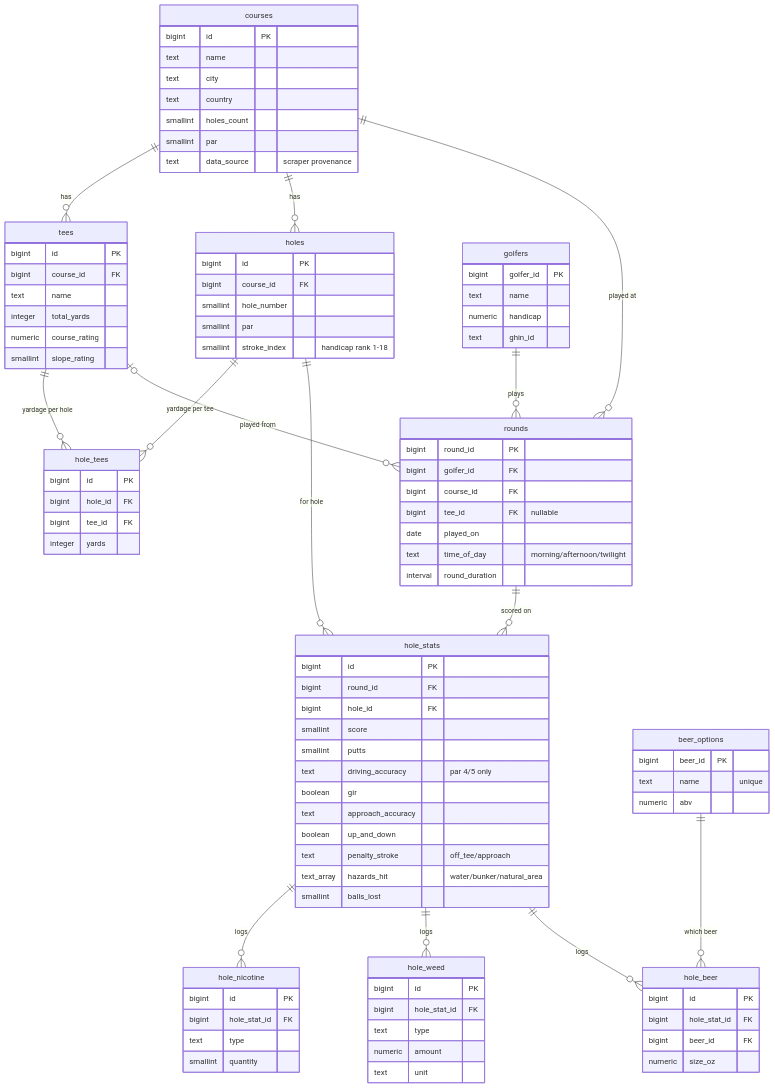
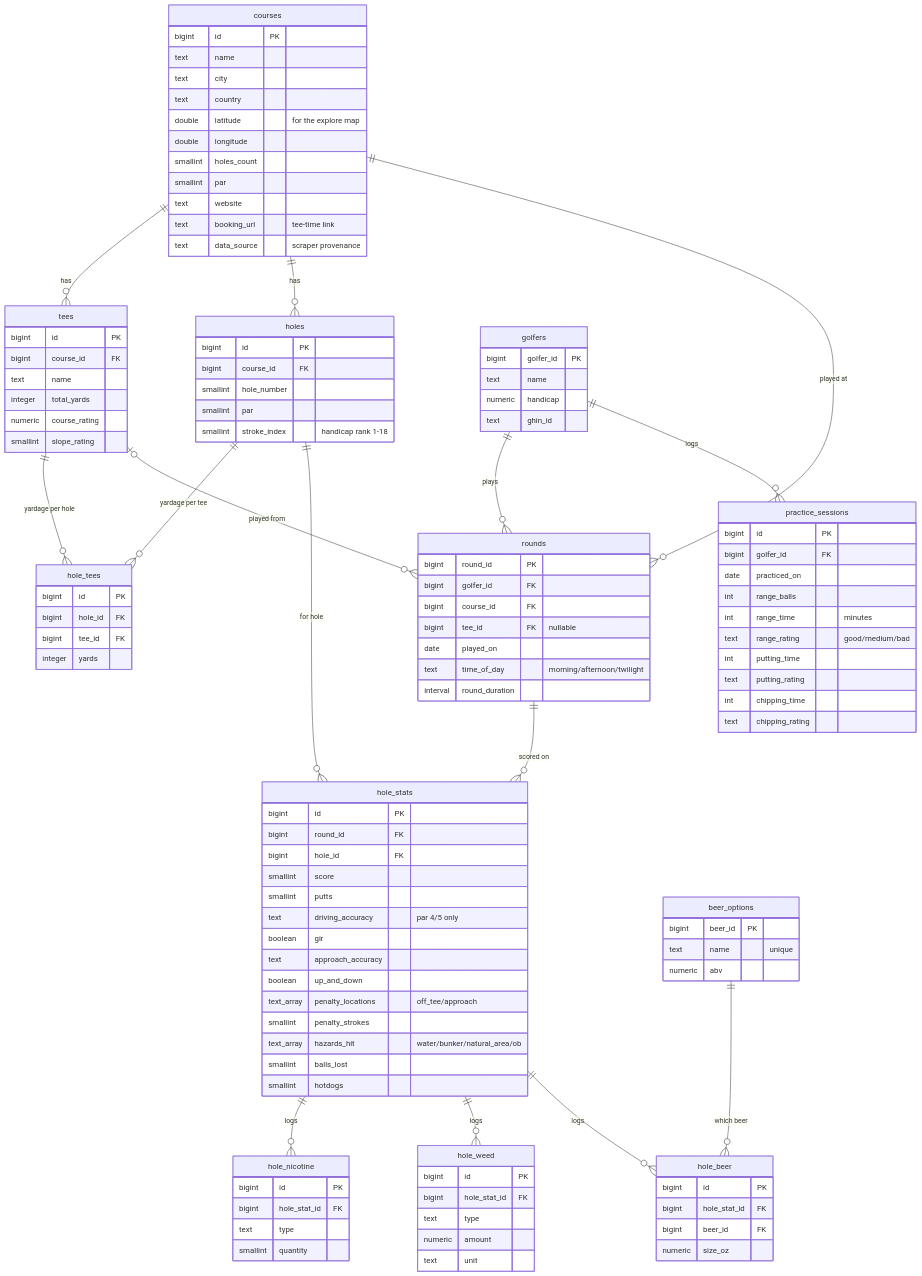
One commit to tim-markel/golf-stats changed the diagram in README.md. Above: the diagram before and after it, drawn with Mermaid. The commit also changed other lines of this file and 1 other file, not shown here.

````diff
--- a/README.md
+++ b/README.md
@@ -77,6 +86,7 @@
     holes   ||--o{ hole_tees : "yardage per tee"
     tees    ||--o{ hole_tees : "yardage per hole"
     golfers ||--o{ rounds : "plays"
+    golfers ||--o{ practice_sessions : "logs"
     courses ||--o{ rounds : "played at"
     tees    |o--o{ rounds : "played from"
     rounds  ||--o{ hole_stats : "scored on"
@@ -91,8 +101,12 @@
         text name
         text city
         text country
+        double latitude "for the explore map"
+        double longitude
         smallint holes_count
         smallint par
+        text website
+        text booking_url "tee-time link"
         text data_source "scraper provenance"
     }
     tees {
@@ -141,9 +155,11 @@
         boolean gir
         text approach_accuracy
         boolean up_and_down
-        text penalty_stroke "off_tee/approach"
-        text_array hazards_hit "water/bunker/natural_area"
+        text_array penalty_locations "off_tee/approach"
+        smallint penalty_strokes
+        text_array hazards_hit "water/bunker/natural_area/ob"
         smallint balls_lost
+        smallint hotdogs
     }
     hole_nicotine {
         bigint id PK
@@ -169,4 +185,16 @@
         bigint beer_id FK
         numeric size_oz
     }
+    practice_sessions {
+        bigint id PK
+        bigint golfer_id FK
+        date practiced_on
+        int range_balls
+        int range_time "minutes"
+        text range_rating "good/medium/bad"
+        int putting_time
+        text putting_rating
+        int chipping_time
+        text chipping_rating
+    }
 ```
````
